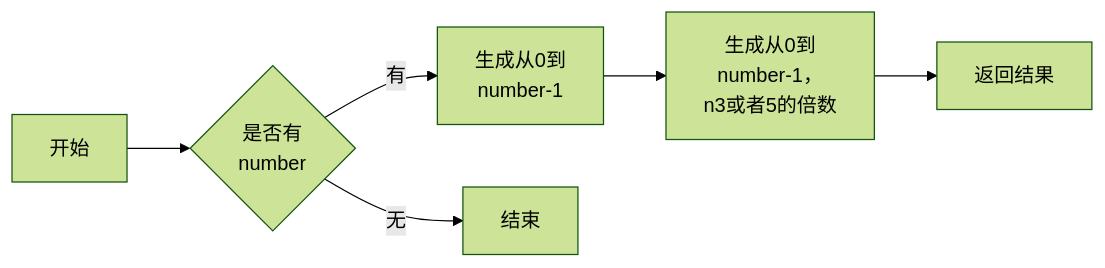
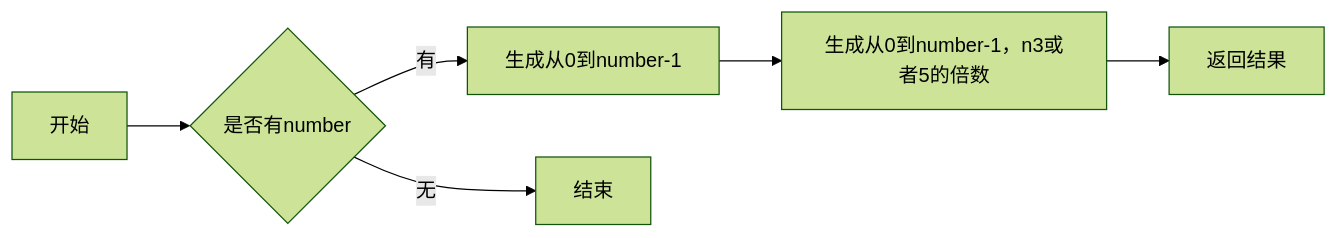
One commit to shixiaoxiya/py_course_zly_ changed the second of 6 diagrams in Experiments/experiment3.md. Above: the diagram before and after it, drawn with Mermaid (forest theme). The commit also changed other lines of this file, not shown here.

````diff
--- a/Experiments/experiment3.md
+++ b/Experiments/experiment3.md
@@ -1255,8 +1255,8 @@
 ```mermaid
 graph LR
-A[开始] --> B{是否有\nnumber}
-B --> |有| C[生成从0到\nnumber-1]
-C --> D[生成从0到\nnumber-1，\nn3或者5的倍数]
+A[开始] --> B{是否有number}
+B --> |有| C[生成从0到number-1]
+C --> D[生成从0到number-1，n3或者5的倍数]
 D --> E[返回结果]
 B --> |无| F[结束]
 ```
````
